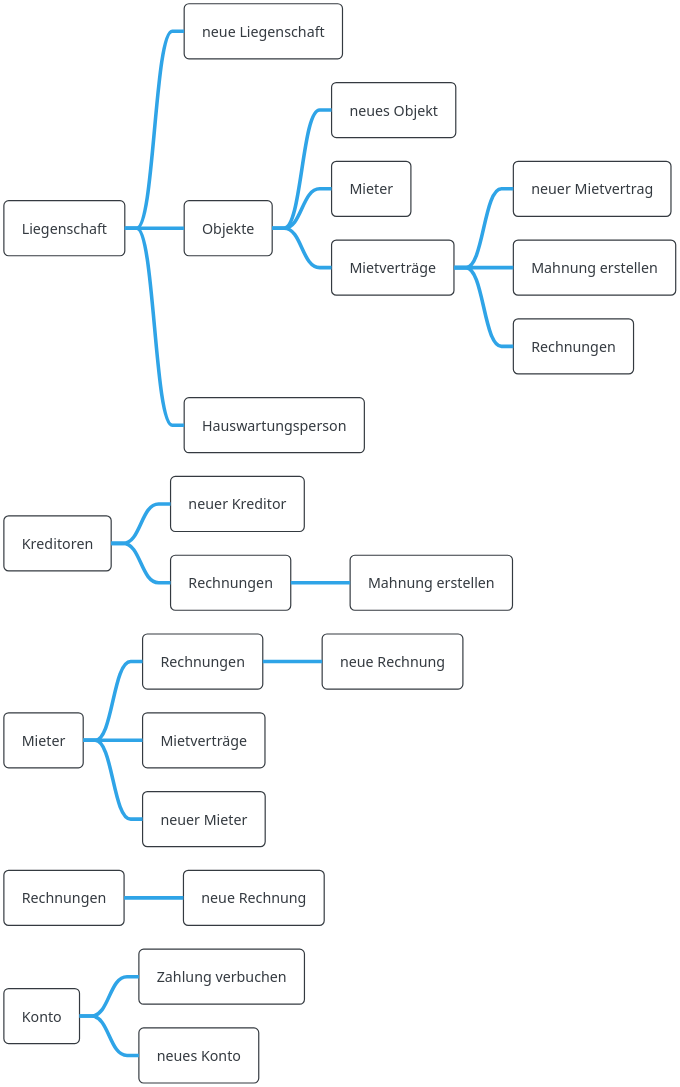
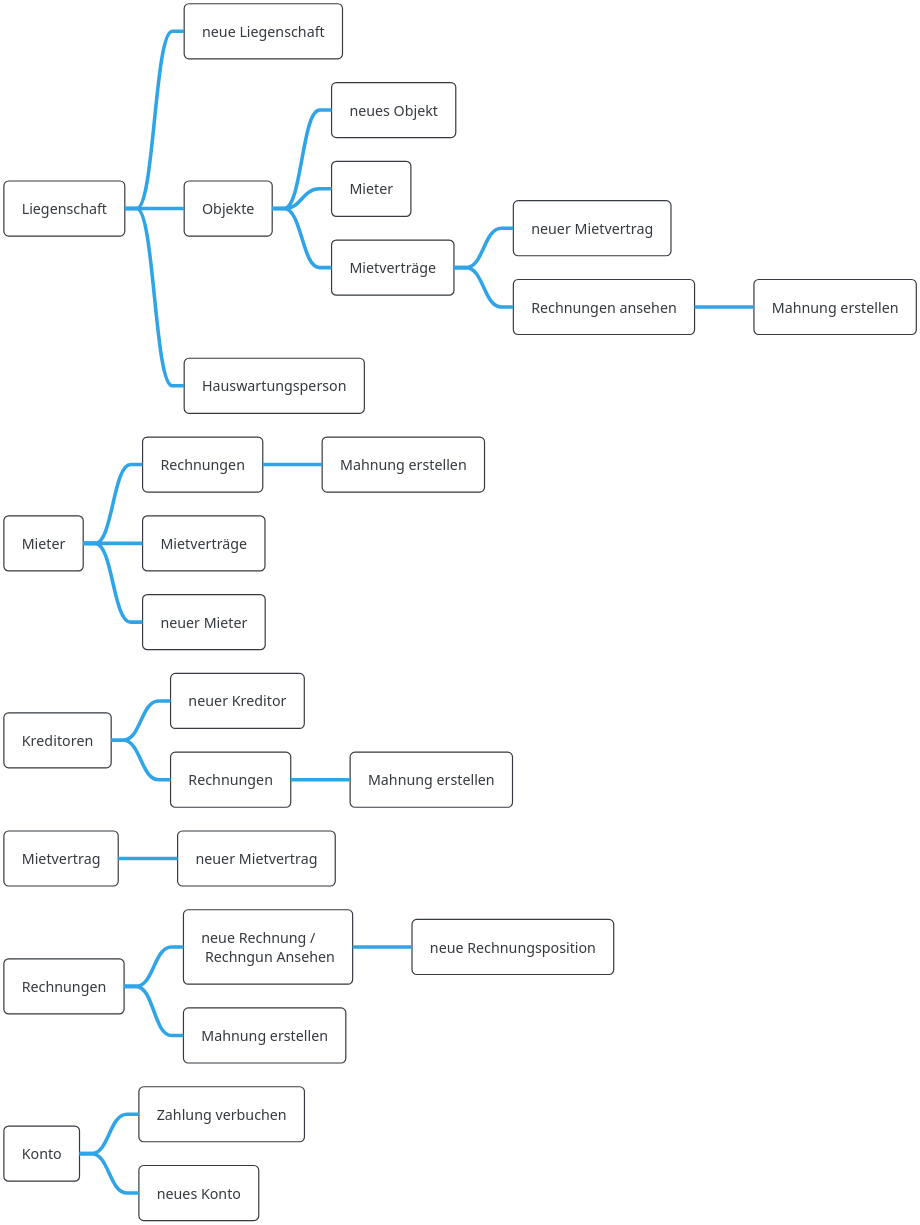
One commit to sirtheta/ImmoGlobal_Semesterarbeit changed the diagram in docs/content/diagrams/guiMap.wsd. Above: the diagram before and after it, drawn with PlantUML. The commit also changed 42 other files, not shown here.

```diff
--- a/docs/content/diagrams/guiMap.wsd
+++ b/docs/content/diagrams/guiMap.wsd
@@ -1,31 +1,37 @@
 @startmindmap GuiMindMap
 !theme cerulean-outline
 skinparam dpi 300
 * Liegenschaft
 ** neue Liegenschaft
 ** Objekte
 *** neues Objekt
 *** Mieter
 *** Mietverträge
 **** neuer Mietvertrag
-**** Mahnung erstellen
-**** Rechnungen
+**** Rechnungen ansehen
+***** Mahnung erstellen
 ** Hauswartungsperson
+
+* Mieter
+** Rechnungen
+*** Mahnung erstellen
+** Mietverträge
+** neuer Mieter
 
 * Kreditoren
 ** neuer Kreditor
 ** Rechnungen
 *** Mahnung erstellen
 
-* Mieter
-** Rechnungen
-*** neue Rechnung
-** Mietverträge
-** neuer Mieter
+* Mietvertrag
+** neuer Mietvertrag
 
 * Rechnungen
-** neue Rechnung
+** neue Rechnung / \n Rechngun Ansehen
+*** neue Rechnungsposition
+** Mahnung erstellen
+
 * Konto
 ** Zahlung verbuchen
 ** neues Konto
 @endmindmap
```
